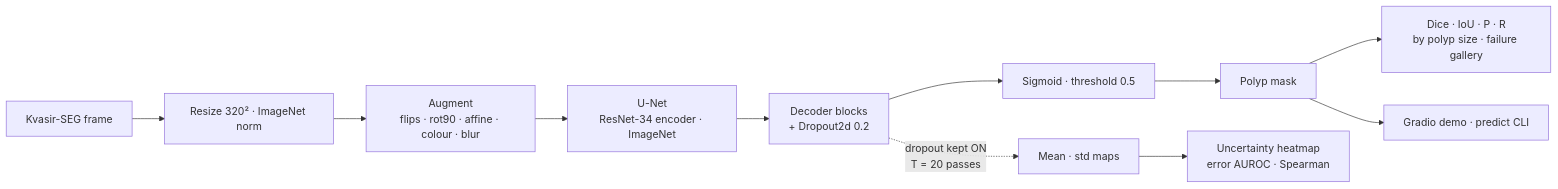
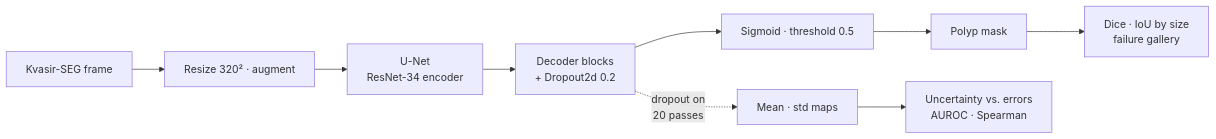
Before and after one commit to haroonkhan02/polyp-segmentation-unet: the diagram in README.md, drawn with Mermaid. The commit also changed other lines of this file, not shown here.

````diff
--- a/README.md
+++ b/README.md
@@ -79,13 +59,11 @@
 ```mermaid
 flowchart LR
-    A[Kvasir-SEG frame] --> B[Resize 320² · ImageNet norm]
-    B --> C[Augment<br/>flips · rot90 · affine · colour · blur]
-    C --> D[U-Net<br/>ResNet-34 encoder · ImageNet]
-    D --> E[Decoder blocks<br/>+ Dropout2d 0.2]
-    E --> F[Sigmoid · threshold 0.5]
-    F --> G[Polyp mask]
-    E -. dropout kept ON<br/>T = 20 passes .-> H[Mean · std maps]
-    H --> I[Uncertainty heatmap<br/>error AUROC · Spearman]
-    G --> J[Dice · IoU · P · R<br/>by polyp size · failure gallery]
-    G --> K[Gradio demo · predict CLI]
+    A[Kvasir-SEG frame] --> B[Resize 320² · augment]
+    B --> C[U-Net<br/>ResNet-34 encoder]
+    C --> D[Decoder blocks<br/>+ Dropout2d 0.2]
+    D --> E[Sigmoid · threshold 0.5]
+    E --> F[Polyp mask]
+    D -. dropout on<br/>20 passes .-> G[Mean · std maps]
+    G --> H[Uncertainty vs. errors<br/>AUROC · Spearman]
+    F --> I[Dice · IoU by size<br/>failure gallery]
 ```
````
